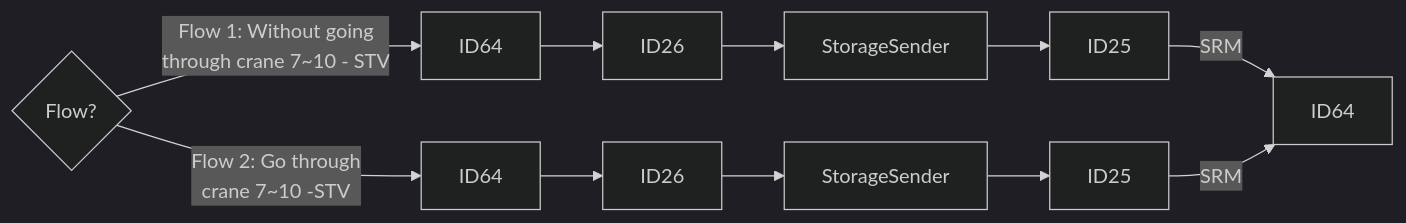
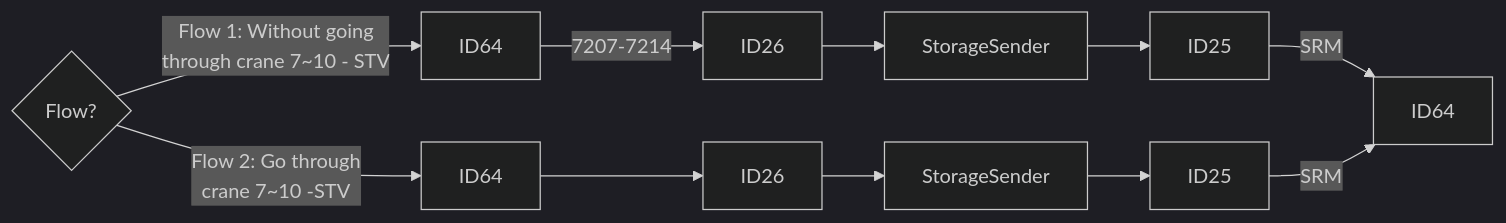
Before and after one commit to luthfiadityaa/SimeDarby-Wiki: the second of 24 diagrams in Basic-Design/DFD-WMS/Storage/Unplanned-Storage/Unplanned-Storage-from-HP.md, drawn with Mermaid (dark theme). The commit also changed other lines of this file, not shown here.

Commit message:
Updated Unplanned Storage from HP

```diff
--- a/Basic-Design/DFD-WMS/Storage/Unplanned-Storage/Unplanned-Storage-from-HP.md
+++ b/Basic-Design/DFD-WMS/Storage/Unplanned-Storage/Unplanned-Storage-from-HP.md
@@ -17,11 +16,11 @@
 ::: mermaid
 flowchart LR
   
 Cond1{Flow?} 
 Cond1 --> |Flow 1: Without going 
 through crane 7~10 - STV| P8[ID64]
 Cond1 --> |Flow 2: Go through 
 crane 7~10 -STV| P9[ID64]
-P8[ID64]-->P10[ID26]-->P11[StorageSender]-->P12[ID25]--> |SRM| P18[ID64]
+P8[ID64]--> |7207-7214| P10[ID26]-->P11[StorageSender]-->P12[ID25]--> |SRM| P18[ID64]
 P9[ID64]-->P15[ID26]-->P16[StorageSender]-->P17[ID25]--> |SRM| P18[ID64]
 :::
```
